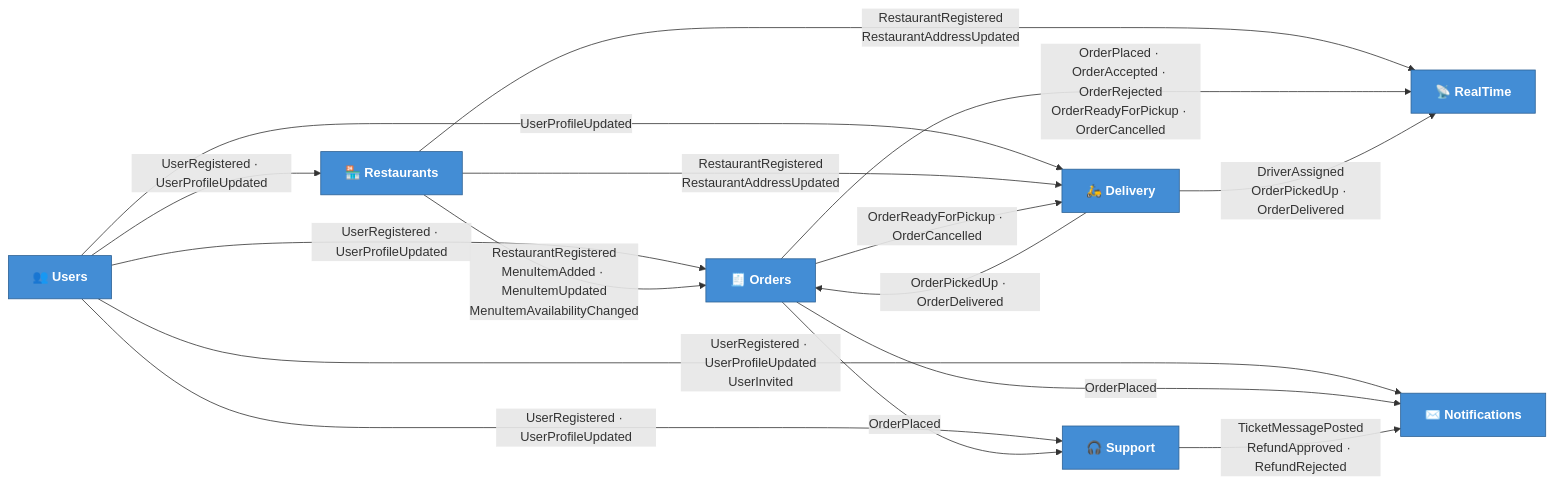
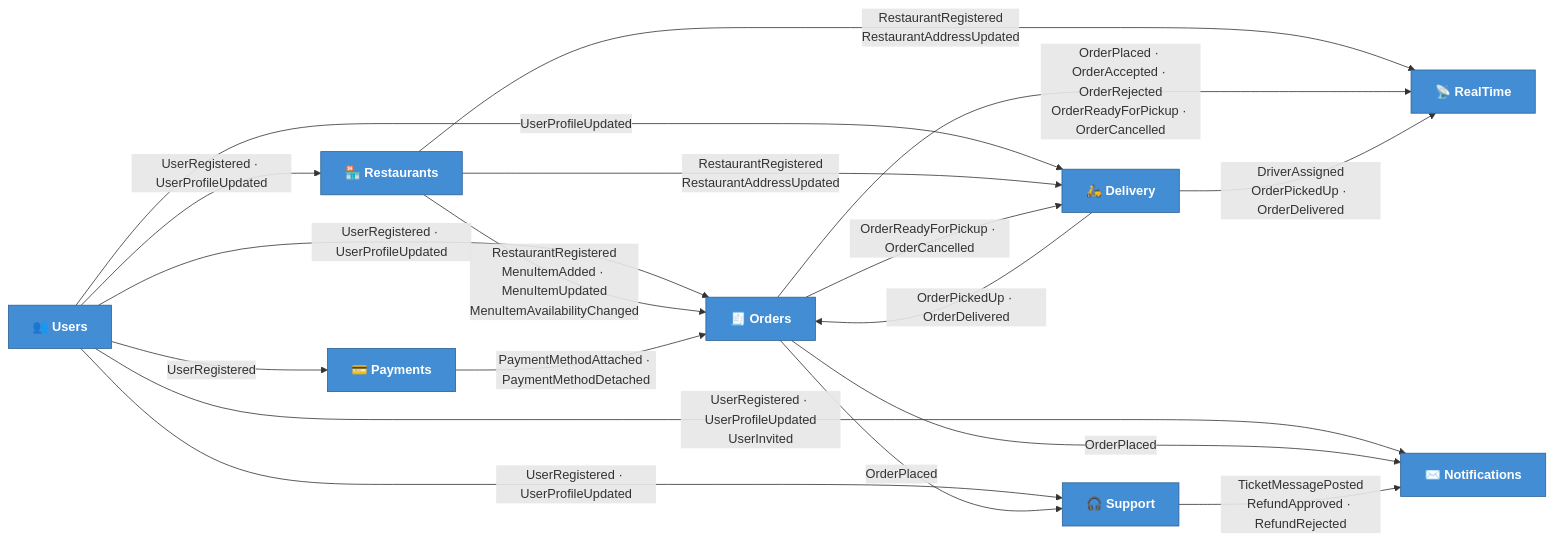
One commit to branimirteodorovic/FoodDeliveryService changed the fourth of 4 diagrams in README.md. Above: the diagram before and after it, drawn with Mermaid. The commit also changed other lines of this file and 73 other files, not shown here.

````diff
--- a/README.md
+++ b/README.md
@@ -190,33 +190,37 @@
 ```mermaid
 graph LR
     users["👥 <b>Users</b>"]
     rest["🏪 <b>Restaurants</b>"]
     orders["🧾 <b>Orders</b>"]
     deliv["🛵 <b>Delivery</b>"]
     notif["✉️ <b>Notifications</b>"]
     rt["📡 <b>RealTime</b>"]
     sup["🎧 <b>Support</b>"]
+    pay["💳 <b>Payments</b>"]
 
     users -->|"UserRegistered · UserProfileUpdated"| orders
     users -->|"UserRegistered · UserProfileUpdated"| rest
     users -->|"UserProfileUpdated"| deliv
     users -->|"UserRegistered · UserProfileUpdated"| sup
     users -->|"UserRegistered · UserProfileUpdated<br/>UserInvited"| notif
+    users -->|"UserRegistered"| pay
 
     rest -->|"RestaurantRegistered<br/>MenuItemAdded · MenuItemUpdated<br/>MenuItemAvailabilityChanged"| orders
     rest -->|"RestaurantRegistered<br/>RestaurantAddressUpdated"| deliv
     rest -->|"RestaurantRegistered<br/>RestaurantAddressUpdated"| rt
 
     orders -->|"OrderReadyForPickup · OrderCancelled"| deliv
     orders -->|"OrderPlaced"| notif
     orders -->|"OrderPlaced"| sup
     orders -->|"OrderPlaced · OrderAccepted · OrderRejected<br/>OrderReadyForPickup · OrderCancelled"| rt
 
     deliv -->|"OrderPickedUp · OrderDelivered"| orders
     deliv -->|"DriverAssigned<br/>OrderPickedUp · OrderDelivered"| rt
 
     sup -->|"TicketMessagePosted<br/>RefundApproved · RefundRejected"| notif
 
+    pay -->|"PaymentMethodAttached · PaymentMethodDetached"| orders
+
     classDef svc fill:#438dd5,stroke:#2e6295,color:#fff
-    class users,rest,orders,deliv,notif,rt,sup svc
+    class users,rest,orders,deliv,notif,rt,sup,pay svc
 ```
````
